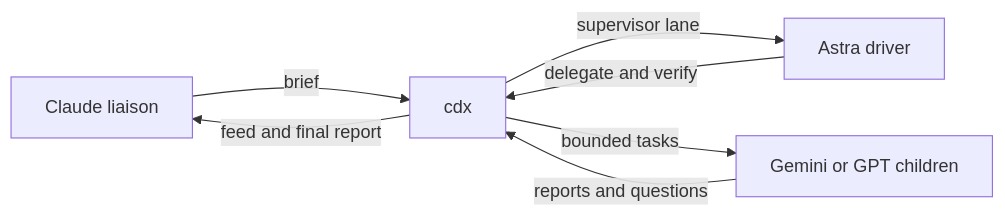
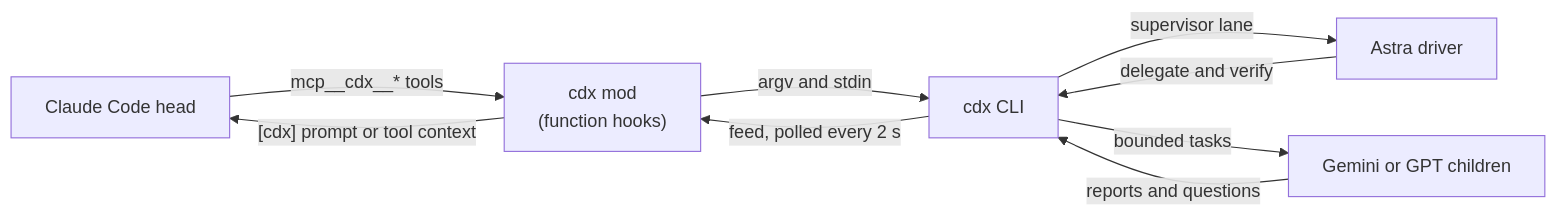
Before and after one commit to RedesignedRobot/cdx: the second of 2 diagrams in README.md, drawn with Mermaid. The commit also changed other lines of this file, not shown here.

Commit message:
README: lead with the native Claude Code plugin, sequence diagram of the mod, refreshed check description

````diff
--- a/README.md
+++ b/README.md
@@ -107,9 +144,11 @@
 ```mermaid
 flowchart LR
-    liaison["Claude liaison"] -->|brief| cdx["cdx"]
+    head["Claude Code head"] -->|"mcp__cdx__* tools"| mod["cdx mod<br/>(function hooks)"]
+    mod -->|argv and stdin| cdx["cdx CLI"]
     cdx -->|supervisor lane| astra["Astra driver"]
     astra -->|delegate and verify| cdx
     cdx -->|bounded tasks| children["Gemini or GPT children"]
     children -->|reports and questions| cdx
-    cdx -->|feed and final report| liaison
+    cdx -->|"feed, polled every 2 s"| mod
+    mod -->|"[cdx] prompt or tool context"| head
 ```
````
